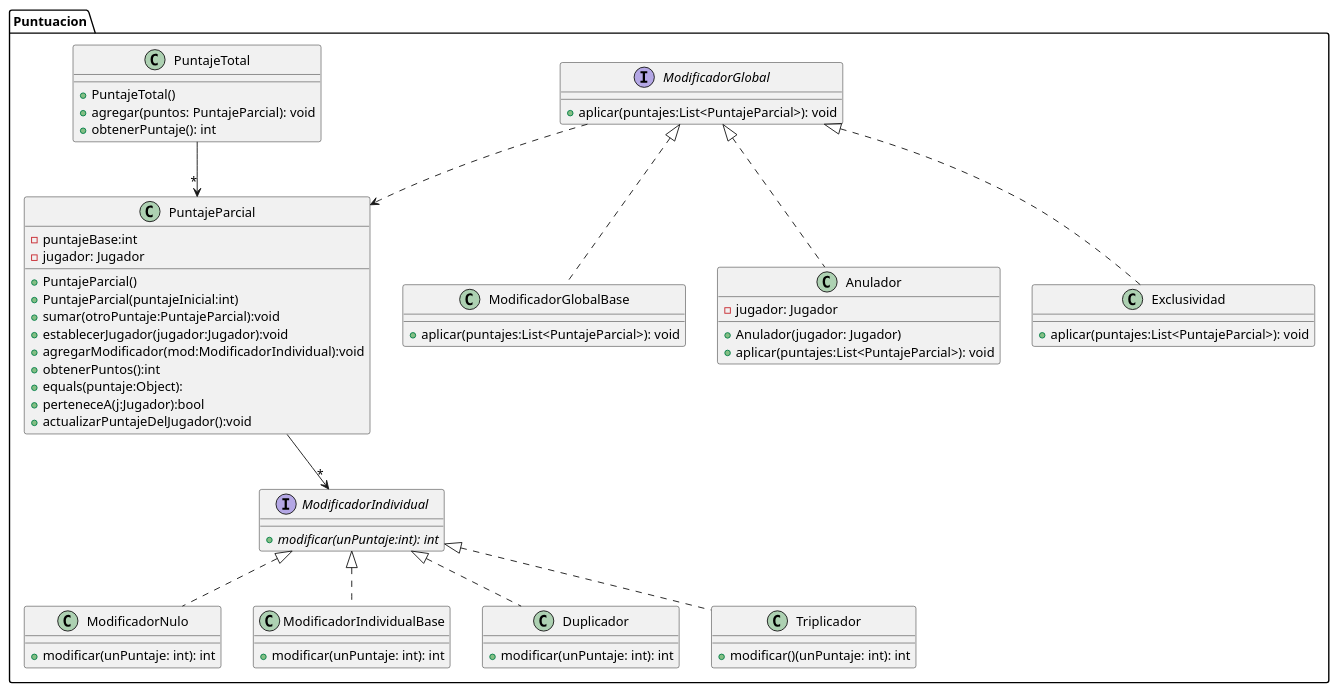
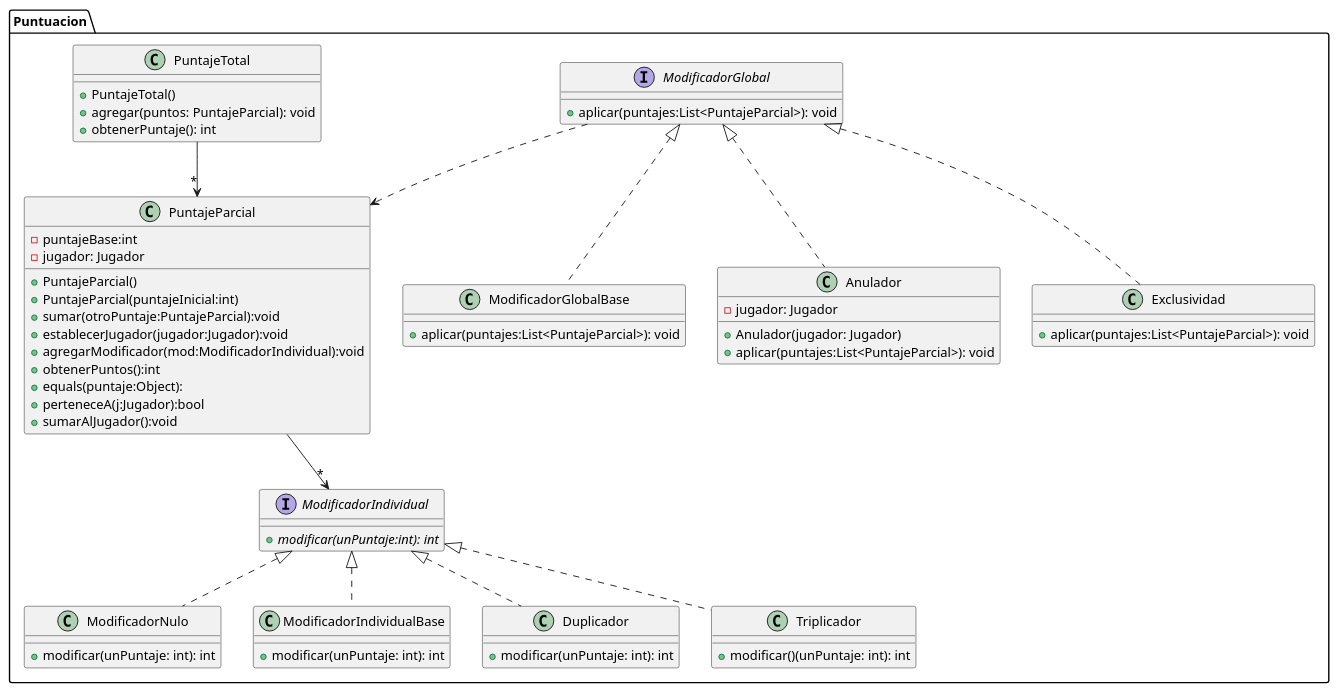
The diagram in diagrams/classes/entregaFinal/Puntuacion.puml (ValentinMarturet/ALGO3-TP2), drawn with PlantUML before and after one commit. The commit also changed 10 other files, not shown here.

```diff
--- a/diagrams/classes/entregaFinal/Puntuacion.puml
+++ b/diagrams/classes/entregaFinal/Puntuacion.puml
@@ -1,82 +1,82 @@
 @startuml
 'https://plantuml.com/class-diagram
 
 package Puntuacion {
 
 
     interface ModificadorIndividual{
         + {abstract} modificar(unPuntaje:int): int
     }
 
     class ModificadorNulo {
         +modificar(unPuntaje: int): int
     }
 
     class ModificadorIndividualBase {
         + modificar(unPuntaje: int): int
     }
 
     class Duplicador {
         + modificar(unPuntaje: int): int
     }
 
     class Triplicador {
         + modificar()(unPuntaje: int): int
     }
 
     interface ModificadorGlobal{
         + aplicar(puntajes:List<PuntajeParcial>): void
     }
 
     class ModificadorGlobalBase {
         + aplicar(puntajes:List<PuntajeParcial>): void
     }
 
     class Anulador {
         - jugador: Jugador
         + Anulador(jugador: Jugador)
         + aplicar(puntajes:List<PuntajeParcial>): void
     }
 
     class Exclusividad {
         + aplicar(puntajes:List<PuntajeParcial>): void
     }
 
     class PuntajeParcial{
         - puntajeBase:int
         - jugador: Jugador
         + PuntajeParcial()
         + PuntajeParcial(puntajeInicial:int)
         + sumar(otroPuntaje:PuntajeParcial):void
         + establecerJugador(jugador:Jugador):void
         + agregarModificador(mod:ModificadorIndividual):void
         + obtenerPuntos():int
         + equals(puntaje:Object):
         + perteneceA(j:Jugador):bool
-        + actualizarPuntajeDelJugador():void
+        + sumarAlJugador():void
     }
 
     class PuntajeTotal {
         + PuntajeTotal()
         + agregar(puntos: PuntajeParcial): void
         + obtenerPuntaje(): int
     }
 
 }
 
 
 PuntajeTotal --> "*" PuntajeParcial
 PuntajeParcial --> "*" ModificadorIndividual
 
 ModificadorGlobal <|.. ModificadorGlobalBase
 ModificadorGlobal <|.. Anulador
 ModificadorGlobal <|.. Exclusividad
 
 ModificadorGlobal ..> PuntajeParcial
 
 ModificadorIndividual <|.. ModificadorNulo
 ModificadorIndividual <|.. ModificadorIndividualBase
 ModificadorIndividual <|.. Duplicador
 ModificadorIndividual <|.. Triplicador
 
 @enduml
```
